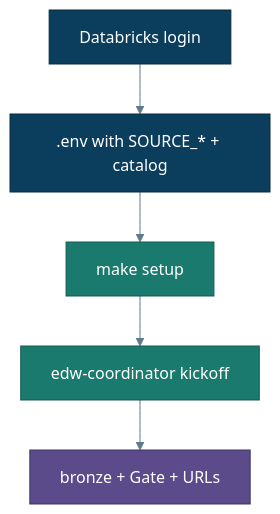
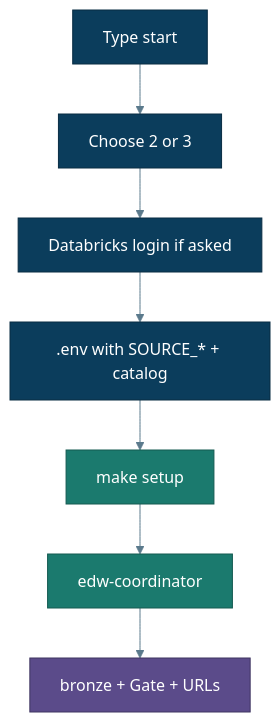
One commit to Jericho2010/edwmigration changed the first of 2 diagrams in docs/your-database.md. Above: the diagram before and after it, drawn with Mermaid. The commit also changed other lines of this file and 58 other files, not shown here.

First line of the commit message:
Add edw-start front door, harden subagents, and clarify start-first docs.

````diff
--- a/docs/your-database.md
+++ b/docs/your-database.md
@@ -9,14 +9,16 @@
 ```mermaid
 %%{init: {"theme":"base","themeVariables":{"primaryColor":"#E8F1F8","primaryTextColor":"#0B3D5C","primaryBorderColor":"#0B3D5C","lineColor":"#5B7A8C","secondaryColor":"#E6F4F1","tertiaryColor":"#F7F3EA","background":"#FFFFFF","mainBkg":"#E8F1F8","clusterBkg":"#F7FAFC","clusterBorder":"#5B7A8C","titleColor":"#0B3D5C","edgeLabelBackground":"#FFFFFF"}}}%%
 flowchart TD
-  Auth[Databricks login] --> Env[.env with SOURCE_* + catalog]
+  Start[Type start] --> Pick[Choose 2 or 3]
+  Pick --> Auth[Databricks login if asked]
+  Auth --> Env[.env with SOURCE_* + catalog]
   Env --> Setup[make setup]
-  Setup --> Agent[edw-coordinator kickoff]
+  Setup --> Agent[edw-coordinator]
   Agent --> Out[bronze + Gate + URLs]
   classDef user fill:#0B3D5C,stroke:#082C43,color:#fff
   classDef agent fill:#1B7A6E,stroke:#145A51,color:#fff
   classDef ops fill:#5B4B8A,stroke:#3F3460,color:#fff
-  class Auth,Env user
+  class Start,Pick,Auth,Env user
   class Setup,Agent agent
   class Out ops
 ```
````
